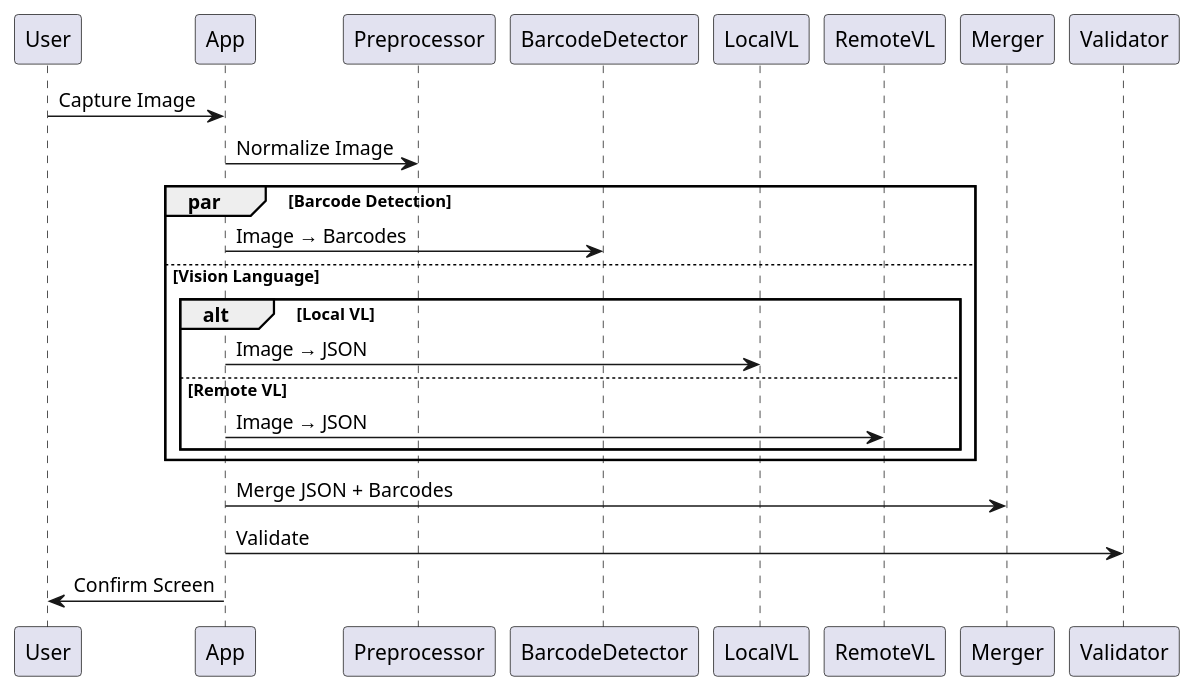
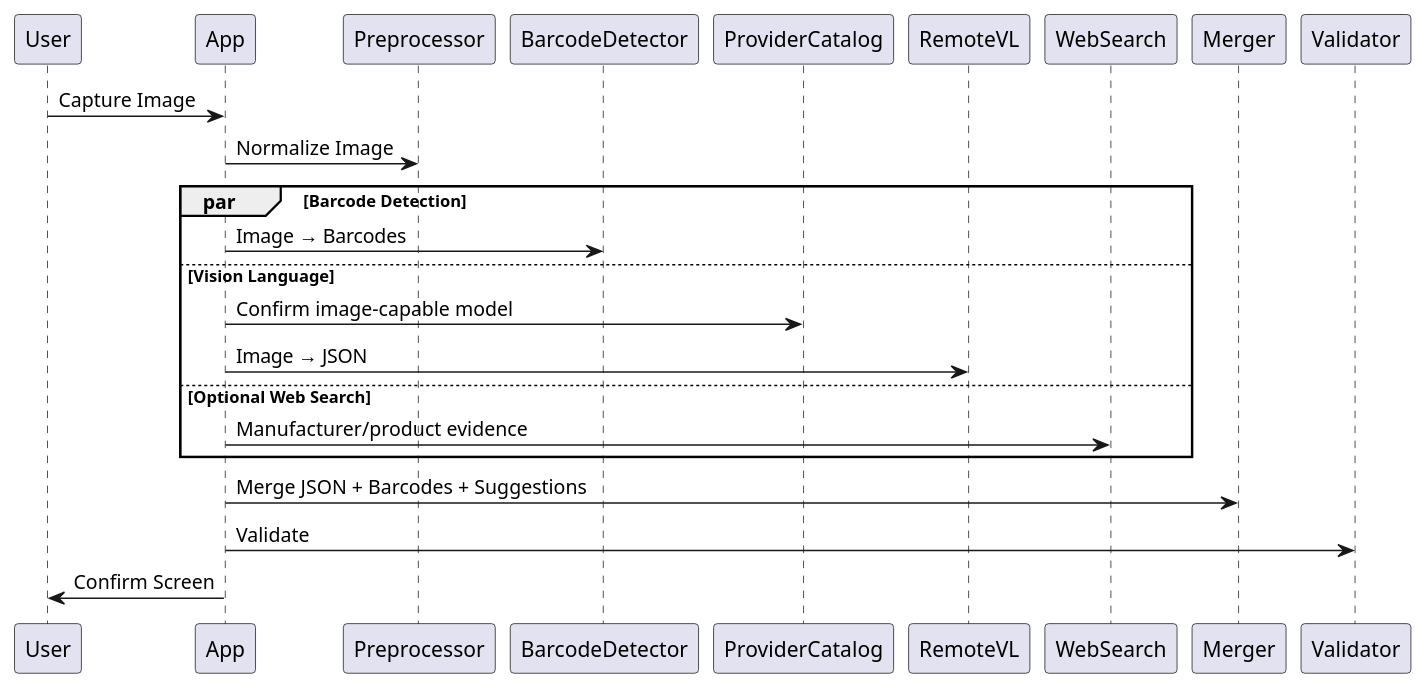
The diagram in docs/Diagrams/extraction-pipeline-sequence.puml (SP-SDU/Tolksyn), drawn with PlantUML before and after one commit. The commit also changed 16 other files, not shown here.

```diff
--- a/docs/Diagrams/extraction-pipeline-sequence.puml
+++ b/docs/Diagrams/extraction-pipeline-sequence.puml
@@ -1,18 +1,17 @@
-@startuml Extraction Pipeline Sequence
+@startuml extraction-pipeline-sequence
 User -> App : Capture Image
 App -> Preprocessor : Normalize Image
 
 par Barcode Detection
   App -> BarcodeDetector : Image → Barcodes
 else Vision Language
-  alt Local VL
-    App -> LocalVL : Image → JSON
-  else Remote VL
-    App -> RemoteVL : Image → JSON
-  end
+  App -> ProviderCatalog : Confirm image-capable model
+  App -> RemoteVL : Image → JSON
+else Optional Web Search
+  App -> WebSearch : Manufacturer/product evidence
 end
 
-App -> Merger : Merge JSON + Barcodes
+App -> Merger : Merge JSON + Barcodes + Suggestions
 App -> Validator : Validate
 App -> User : Confirm Screen
 @enduml
```
